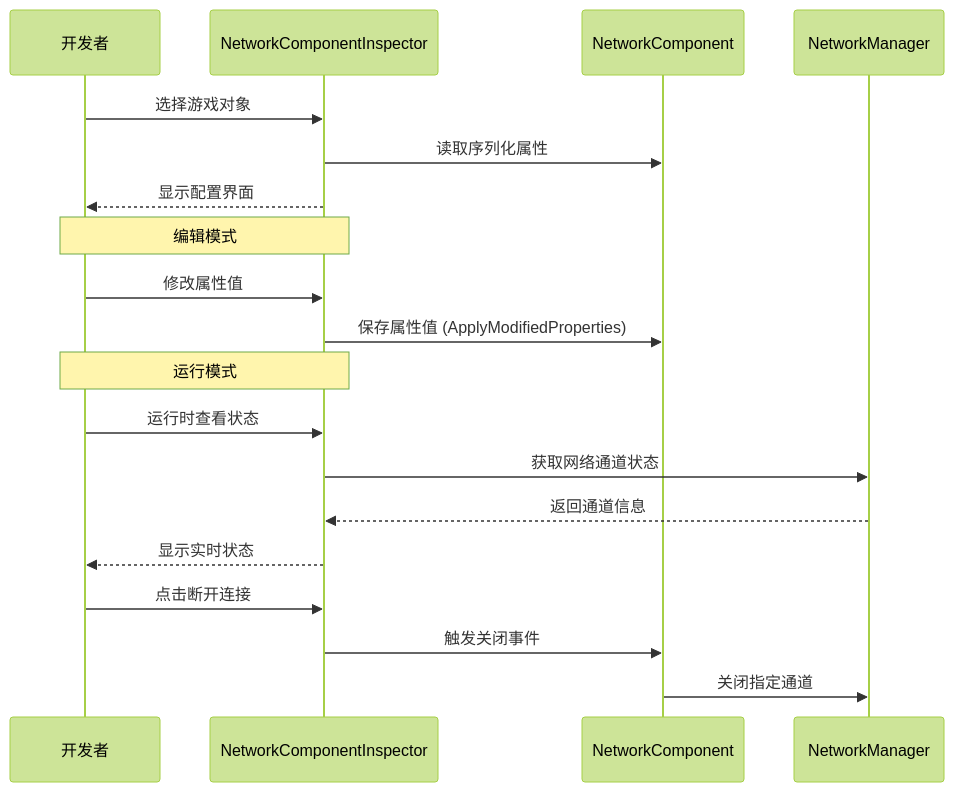
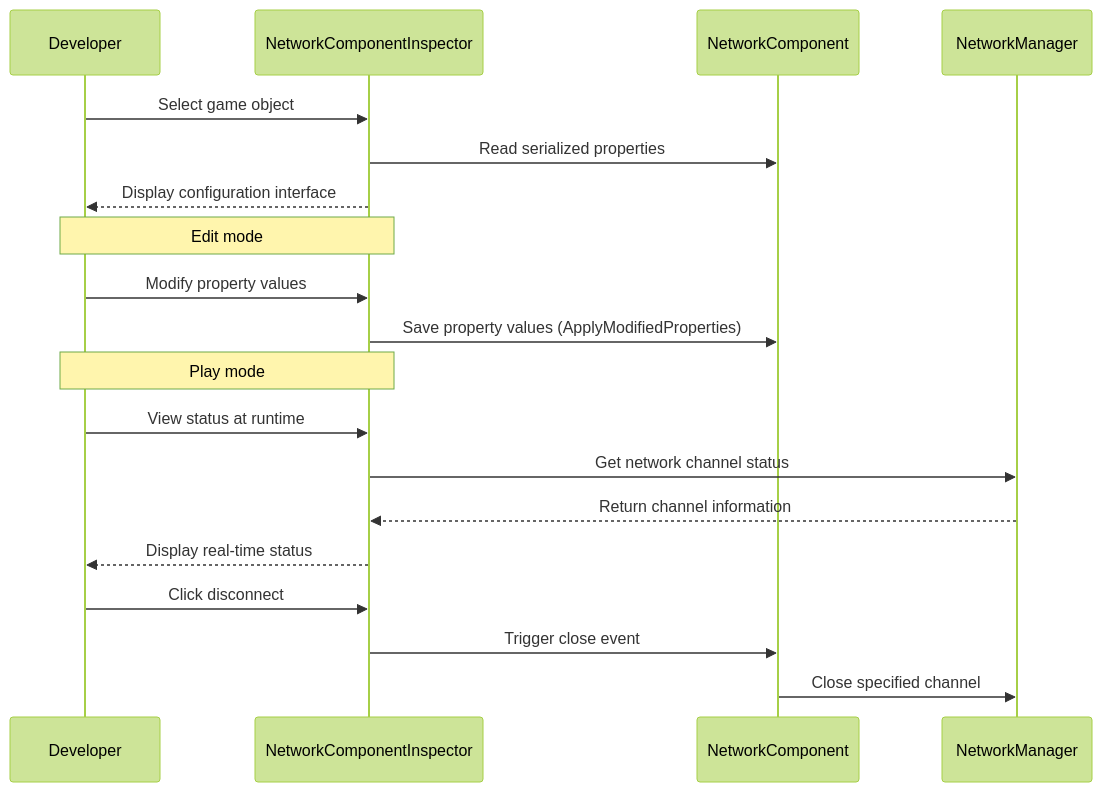
One commit to AlianBlank/GameFrameX.Docs changed the second of 3 diagrams in docs/en/client/unity/component/network/12.editor-configuration.md. Above: the diagram before and after it, drawn with Mermaid (forest theme). The commit also changed other lines of this file and 242 other files, not shown here.

````diff
--- a/docs/en/client/unity/component/network/12.editor-configuration.md
+++ b/docs/en/client/unity/component/network/12.editor-configuration.md
@@ -265,27 +265,27 @@
 ```mermaid
 sequenceDiagram
-    participant Dev as 开发者
+    participant Dev as Developer
     participant Inspector as NetworkComponentInspector
     participant NC as NetworkComponent
     participant NM as NetworkManager
 
-    Dev->>Inspector: 选择游戏对象
-    Inspector->>NC: 读取序列化属性
-    Inspector-->>Dev: 显示配置界面
-    
-    Note over Dev,Inspector: 编辑模式
-    
-    Dev->>Inspector: 修改属性值
-    Inspector->>NC: 保存属性值 (ApplyModifiedProperties)
-    
-    Note over Dev,Inspector: 运行模式
-    
-    Dev->>Inspector: 运行时查看状态
-    Inspector->>NM: 获取网络通道状态
-    NM-->>Inspector: 返回通道信息
-    Inspector-->>Dev: 显示实时状态
-    
-    Dev->>Inspector: 点击断开连接
-    Inspector->>NC: 触发关闭事件
-    NC->>NM: 关闭指定通道
+    Dev->>Inspector: Select game object
+    Inspector->>NC: Read serialized properties
+    Inspector-->>Dev: Display configuration interface
+
+    Note over Dev,Inspector: Edit mode
+
+    Dev->>Inspector: Modify property values
+    Inspector->>NC: Save property values (ApplyModifiedProperties)
+
+    Note over Dev,Inspector: Play mode
+
+    Dev->>Inspector: View status at runtime
+    Inspector->>NM: Get network channel status
+    NM-->>Inspector: Return channel information
+    Inspector-->>Dev: Display real-time status
+
+    Dev->>Inspector: Click disconnect
+    Inspector->>NC: Trigger close event
+    NC->>NM: Close specified channel
 ```
````
